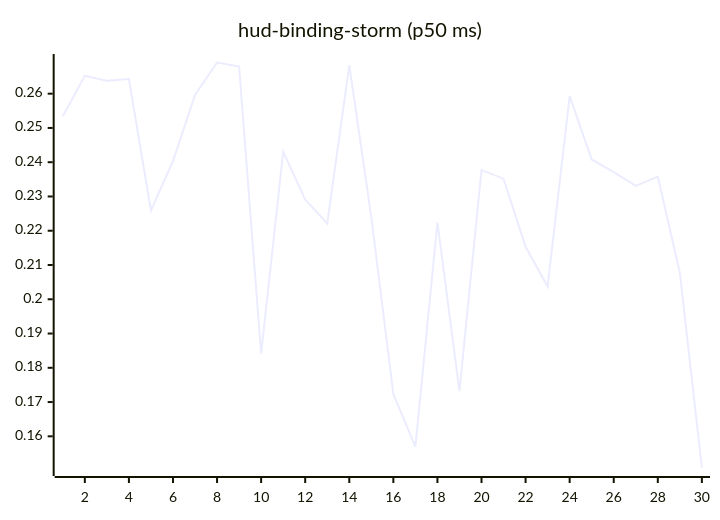
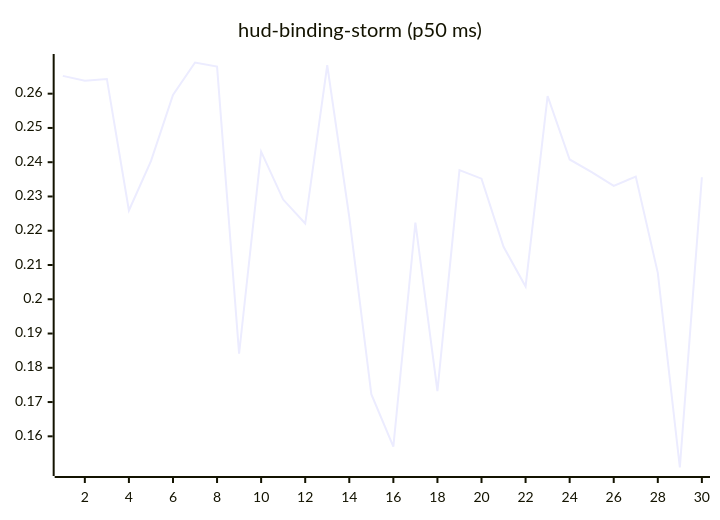
The tenth of 27 diagrams in README.md (josha/Facet), drawn with Mermaid before and after one commit. The commit also changed other lines of this file and 2 other files, not shown here.

````diff
--- a/README.md
+++ b/README.md
@@ -126,6 +126,6 @@
 ```mermaid
 xychart-beta
     title "hud-binding-storm (p50 ms)"
     x-axis 1 --> 30
-    line [0.2534, 0.2652, 0.2638, 0.2643, 0.2259, 0.2403, 0.2596, 0.2691, 0.2679, 0.1841, 0.2431, 0.2291, 0.2221, 0.2683, 0.2240, 0.1723, 0.1570, 0.2224, 0.1732, 0.2377, 0.2352, 0.2153, 0.2037, 0.2593, 0.2408, 0.2371, 0.2331, 0.2358, 0.2077, 0.1509]
+    line [0.2652, 0.2638, 0.2643, 0.2259, 0.2403, 0.2596, 0.2691, 0.2679, 0.1841, 0.2431, 0.2291, 0.2221, 0.2683, 0.2240, 0.1723, 0.1570, 0.2224, 0.1732, 0.2377, 0.2352, 0.2153, 0.2037, 0.2593, 0.2408, 0.2371, 0.2331, 0.2358, 0.2077, 0.1509, 0.2356]
 ```
````
